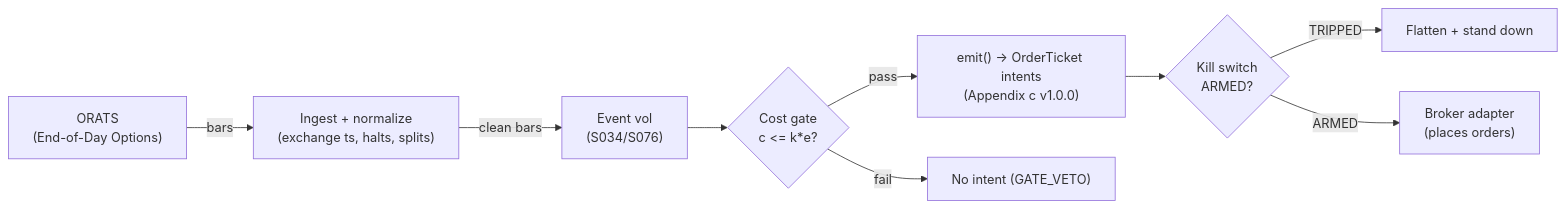
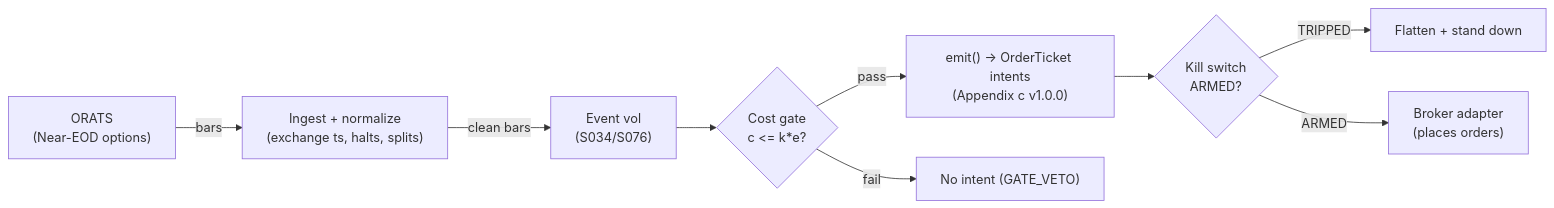
One commit to praveenguptahcl/quant-signals-deep changed the diagram in modules/strategies/T068.md. Above: the diagram before and after it, drawn with Mermaid. The commit also changed other lines of this file and 275 other files, not shown here.

````diff
--- a/modules/strategies/T068.md
+++ b/modules/strategies/T068.md
@@ -394,12 +457,12 @@
 ```mermaid
 flowchart LR
-    FEED["ORATS\n(End-of-Day Options)"] -->|bars| ING["Ingest + normalize\n(exchange ts, halts, splits)"]
+    FEED["ORATS\n(Near-EOD options)"] -->|bars| ING["Ingest + normalize\n(exchange ts, halts, splits)"]
     ING -->|clean bars| SIG["Event vol
 (S034/S076)"]
     SIG --> GATE{"Cost gate\nc <= k*e?"}
     GATE -->|pass| EMIT["emit() -> OrderTicket intents\n(Appendix c v1.0.0)"]
     GATE -->|fail| DROP["No intent (GATE_VETO)"]
     EMIT --> KILL{"Kill switch\nARMED?"}
     KILL -->|TRIPPED| FLAT["Flatten + stand down"]
     KILL -->|ARMED| OUT["Broker adapter\n(places orders)"]
 ```
````
